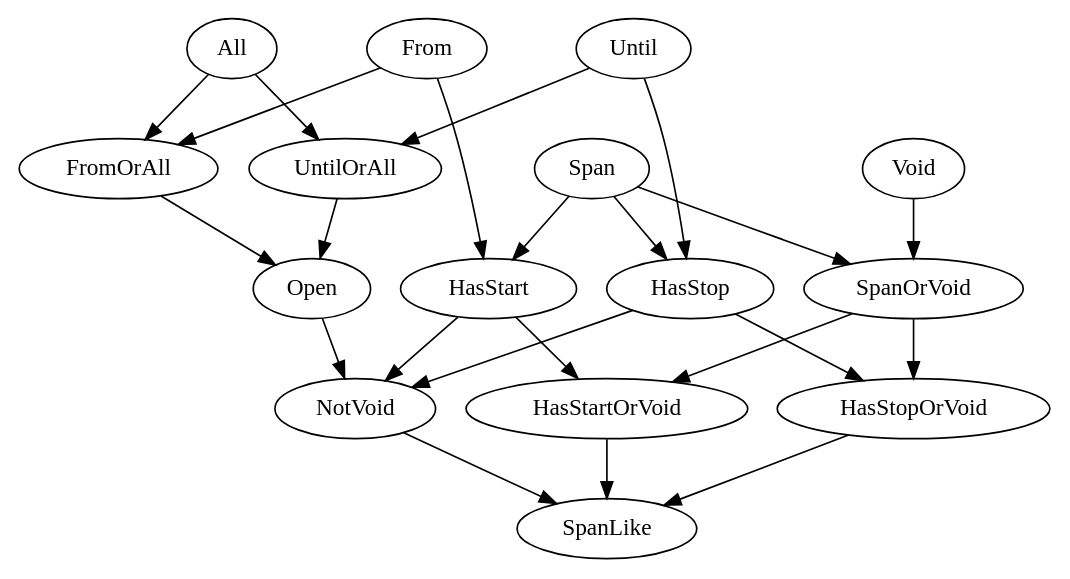
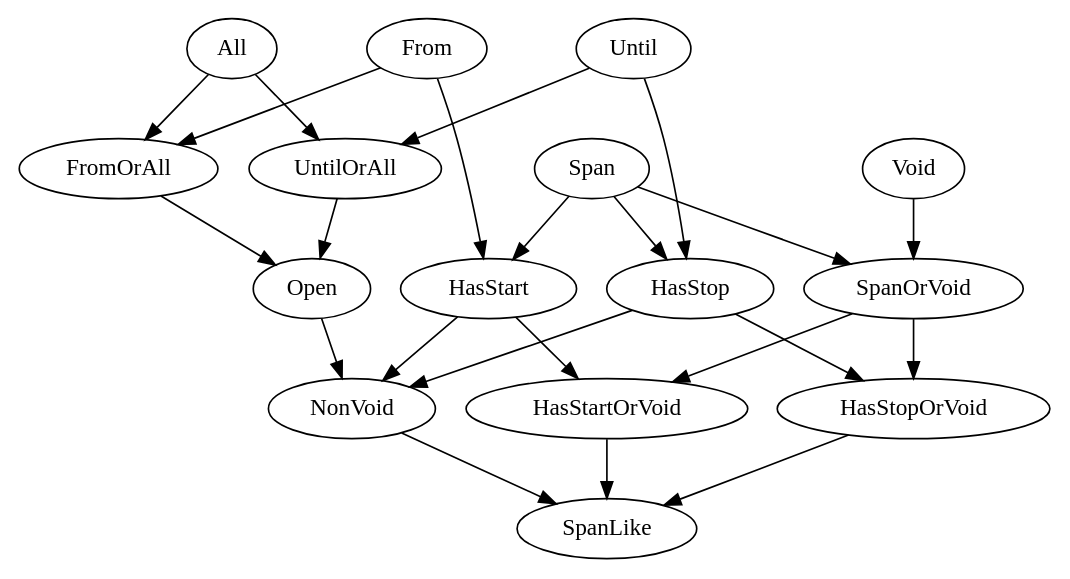
The diagram in notes/SpanType.dot (rightwaitforyou/SoundProcesses), drawn with Graphviz before and after one commit. The commit also changed 3 other files, not shown here.

```diff
--- a/notes/SpanType.dot
+++ b/notes/SpanType.dot
@@ -1,24 +1,24 @@
 digraph G {
-	NotVoid -> SpanLike
+	NonVoid -> SpanLike
    FromOrAll -> Open
    HasStartOrVoid -> SpanLike
    UntilOrAll -> Open
    HasStopOrVoid -> SpanLike
    SpanOrVoid -> HasStartOrVoid
    SpanOrVoid -> HasStopOrVoid
    HasStart -> HasStartOrVoid
-   HasStart -> NotVoid
+   HasStart -> NonVoid
    HasStop -> HasStopOrVoid
-   HasStop -> NotVoid
-   Open -> NotVoid
+   HasStop -> NonVoid
+   Open -> NonVoid
    All -> FromOrAll
    All -> UntilOrAll
    From -> FromOrAll
    From -> HasStart
    Until -> UntilOrAll
    Until -> HasStop
    Void -> SpanOrVoid
    Span -> SpanOrVoid
    Span -> HasStart
    Span -> HasStop
 }
```
